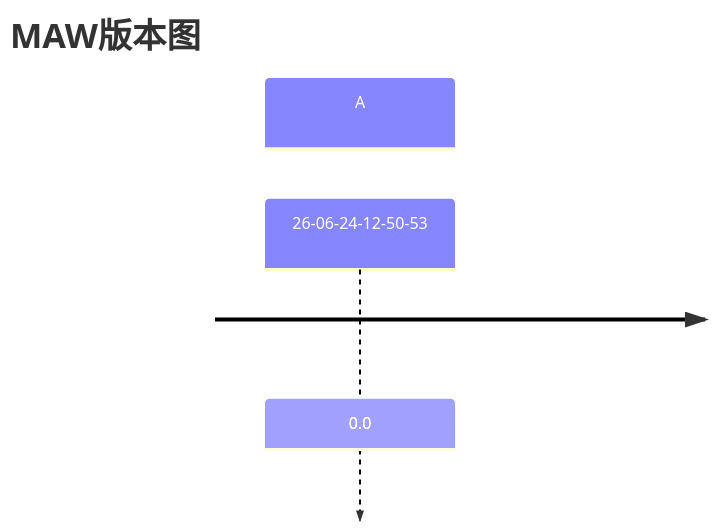
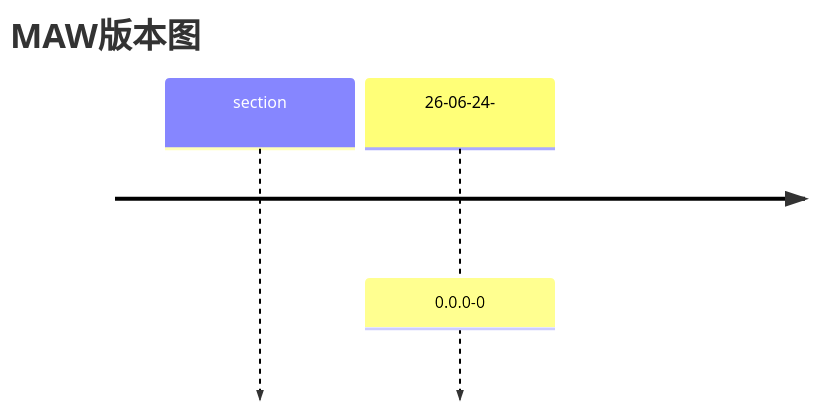
The second of 2 diagrams in Contents/Private/项目/MAW-Overview.md (ASSR-ASS/My_Awesome_Contents), drawn with Mermaid before and after one commit.

Commit message:
My Awesome Commit at 26-06-24-13-44-57 via DESKTOP-OE8KE2D with 1 file(s) changed

````diff
--- a/Contents/Private/项目/MAW-Overview.md
+++ b/Contents/Private/项目/MAW-Overview.md
@@ -78,6 +78,11 @@
 ```mermaid
 timeline
-	title MAW版本图   
-    section A
-    26-06-24-12-50-53 : 0.0
+    %% 完整版本名示例如下，*代表一位数字
+    %% section Cirno.Gensokyo.Touhou-Project
+    %% **-**-**-**-**-** : *.*.*-*+Cirno.Gensokyo.Touhou-Project
+    %% +及其之后内容可省略
+	title MAW版本图
+	section 
+	26-06-24- : 0.0.0-0
+
 ```
````
